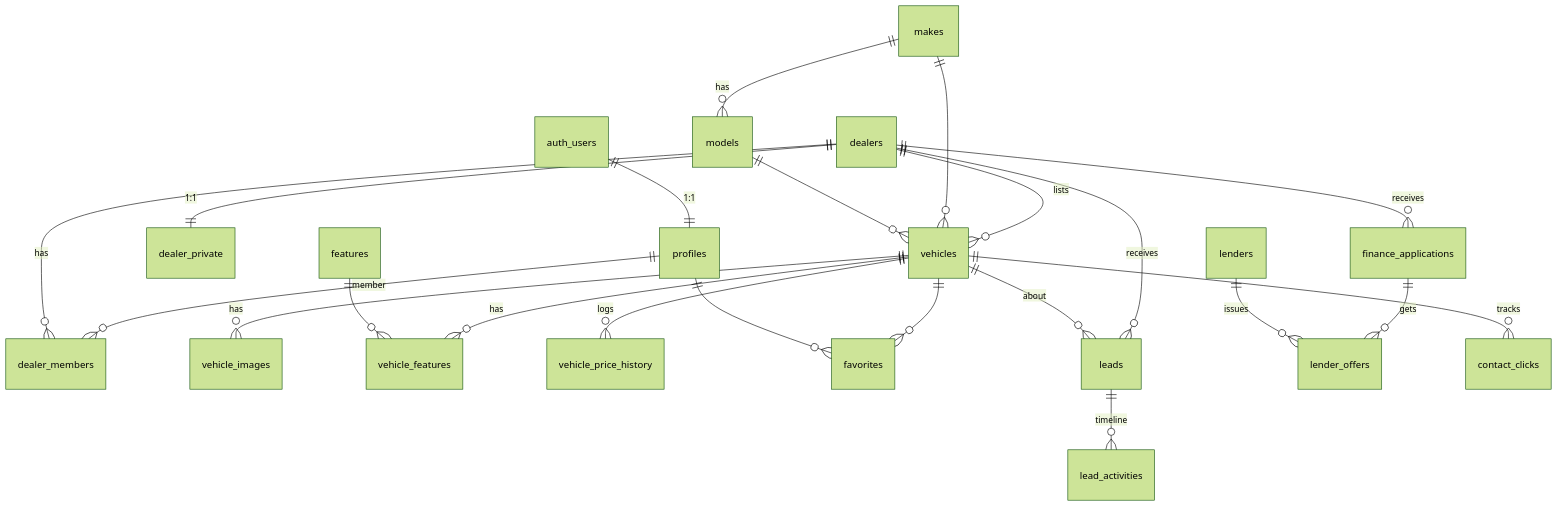
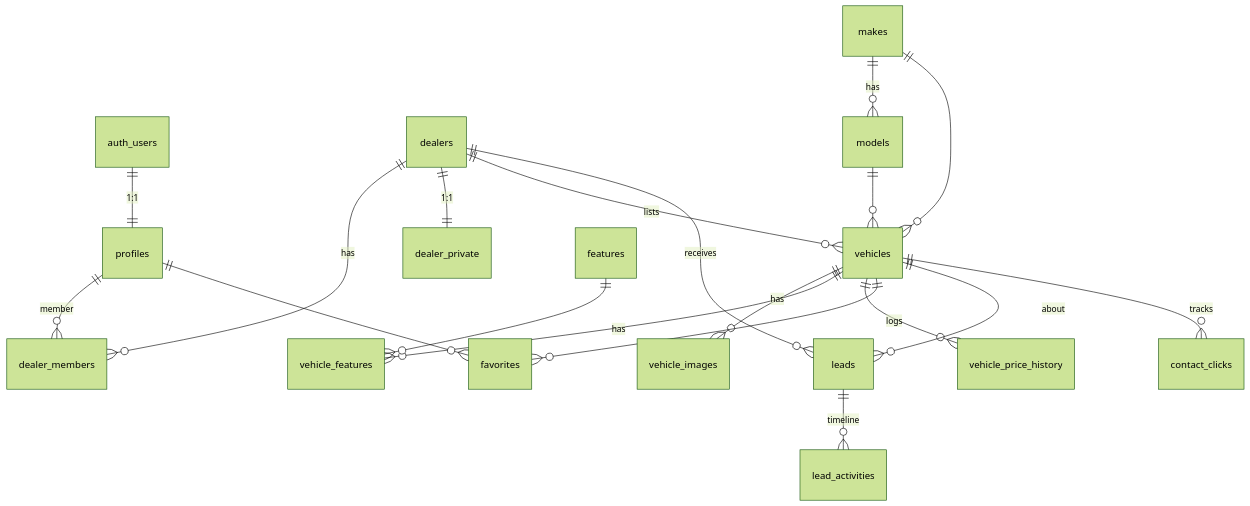
One commit to Wake2233/Qr changed the diagram in PLAN.md. Above: the diagram before and after it, drawn with Mermaid (forest theme). The commit also changed other lines of this file and 68 other files, not shown here.

````diff
--- a/PLAN.md
+++ b/PLAN.md
@@ -310,24 +288,21 @@
 ```mermaid
 erDiagram
   auth_users ||--|| profiles : "1:1"
   profiles ||--o{ dealer_members : member
   dealers  ||--o{ dealer_members : has
   dealers  ||--|| dealer_private : "1:1"
   dealers  ||--o{ vehicles : lists
   makes    ||--o{ models : has
   makes    ||--o{ vehicles : ""
   models   ||--o{ vehicles : ""
   vehicles ||--o{ vehicle_images : has
   vehicles ||--o{ vehicle_features : has
   features ||--o{ vehicle_features : ""
   vehicles ||--o{ vehicle_price_history : logs
   vehicles ||--o{ favorites : ""
   profiles ||--o{ favorites : ""
   dealers  ||--o{ leads : receives
   vehicles ||--o{ leads : about
   leads    ||--o{ lead_activities : timeline
-  dealers  ||--o{ finance_applications : receives
-  finance_applications ||--o{ lender_offers : gets
-  lenders  ||--o{ lender_offers : issues
   vehicles ||--o{ contact_clicks : tracks
 ```
````
